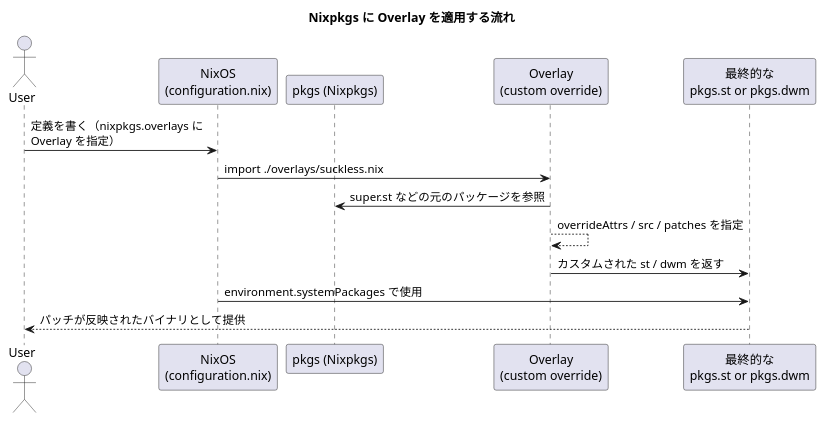
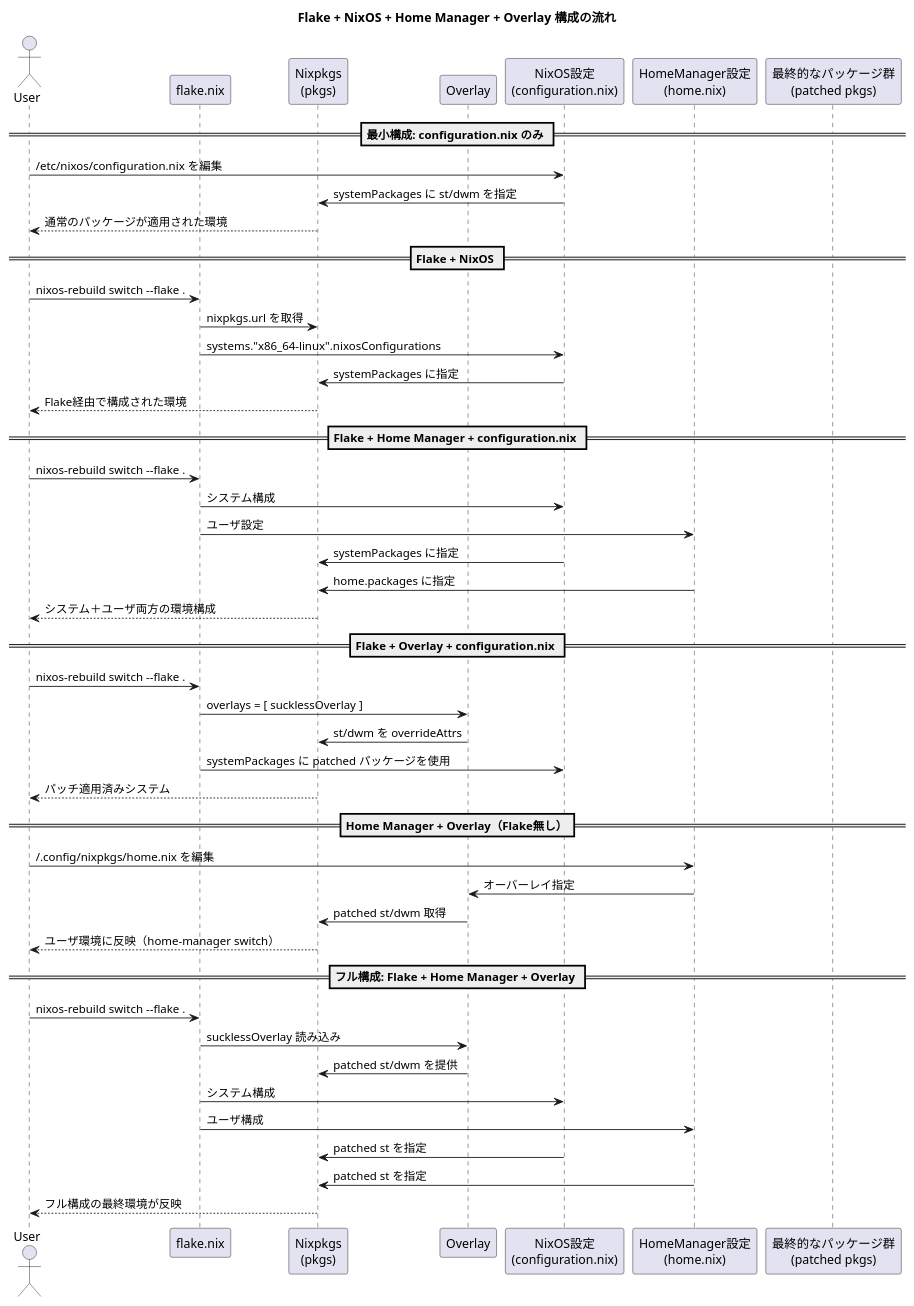
The diagram in it_nixos_setting1.pu (coacoa/images), drawn with PlantUML before and after one commit.

```diff
--- a/it_nixos_setting1.pu
+++ b/it_nixos_setting1.pu
@@ -1,20 +1,55 @@
 @startuml
-title Nixpkgs に Overlay を適用する流れ
+title Flake + NixOS + Home Manager + Overlay 構成の流れ
 
 actor User
-participant "NixOS\n(configuration.nix)" as Config
-participant "pkgs (Nixpkgs)" as Pkgs
-participant "Overlay\n(custom override)" as Overlay
-participant "最終的な\npkgs.st or pkgs.dwm" as FinalPkgs
+participant "flake.nix" as Flake
+participant "Nixpkgs\n(pkgs)" as Pkgs
+participant "Overlay" as Overlay
+participant "NixOS設定\n(configuration.nix)" as NixOSConfig
+participant "HomeManager設定\n(home.nix)" as HMConfig
+participant "最終的なパッケージ群\n(patched pkgs)" as FinalPkgs
 
-User -> Config : 定義を書く（nixpkgs.overlays に\nOverlay を指定）
-Config -> Overlay : import ./overlays/suckless.nix
-Overlay -> Pkgs : super.st などの元のパッケージを参照
-Overlay --> Overlay : overrideAttrs / src / patches を指定
-Overlay -> FinalPkgs : カスタムされた st / dwm を返す
+== 最小構成: configuration.nix のみ ==
+User -> NixOSConfig : /etc/nixos/configuration.nix を編集
+NixOSConfig -> Pkgs : systemPackages に st/dwm を指定
+Pkgs --> User : 通常のパッケージが適用された環境
 
-Config -> FinalPkgs : environment.systemPackages で使用
+== Flake + NixOS ==
+User -> Flake : nixos-rebuild switch --flake .
+Flake -> Pkgs : nixpkgs.url を取得
+Flake -> NixOSConfig : systems."x86_64-linux".nixosConfigurations
+NixOSConfig -> Pkgs : systemPackages に指定
+Pkgs --> User : Flake経由で構成された環境
 
-FinalPkgs --> User : パッチが反映されたバイナリとして提供
+== Flake + Home Manager + configuration.nix ==
+User -> Flake : nixos-rebuild switch --flake .
+Flake -> NixOSConfig : システム構成
+Flake -> HMConfig : ユーザ設定
+NixOSConfig -> Pkgs : systemPackages に指定
+HMConfig -> Pkgs : home.packages に指定
+Pkgs --> User : システム＋ユーザ両方の環境構成
+
+== Flake + Overlay + configuration.nix ==
+User -> Flake : nixos-rebuild switch --flake .
+Flake -> Overlay : overlays = [ sucklessOverlay ]
+Overlay -> Pkgs : st/dwm を overrideAttrs
+Flake -> NixOSConfig : systemPackages に patched パッケージを使用
+Pkgs --> User : パッチ適用済みシステム
+
+== Home Manager + Overlay（Flake無し）==
+User -> HMConfig : ~/.config/nixpkgs/home.nix を編集
+HMConfig -> Overlay : オーバーレイ指定
+Overlay -> Pkgs : patched st/dwm 取得
+Pkgs --> User : ユーザ環境に反映（home-manager switch）
+
+== フル構成: Flake + Home Manager + Overlay ==
+User -> Flake : nixos-rebuild switch --flake .
+Flake -> Overlay : sucklessOverlay 読み込み
+Overlay -> Pkgs : patched st/dwm を提供
+Flake -> NixOSConfig : システム構成
+Flake -> HMConfig : ユーザ構成
+NixOSConfig -> Pkgs : patched st を指定
+HMConfig -> Pkgs : patched st を指定
+Pkgs --> User : フル構成の最終環境が反映
 
 @enduml
```
